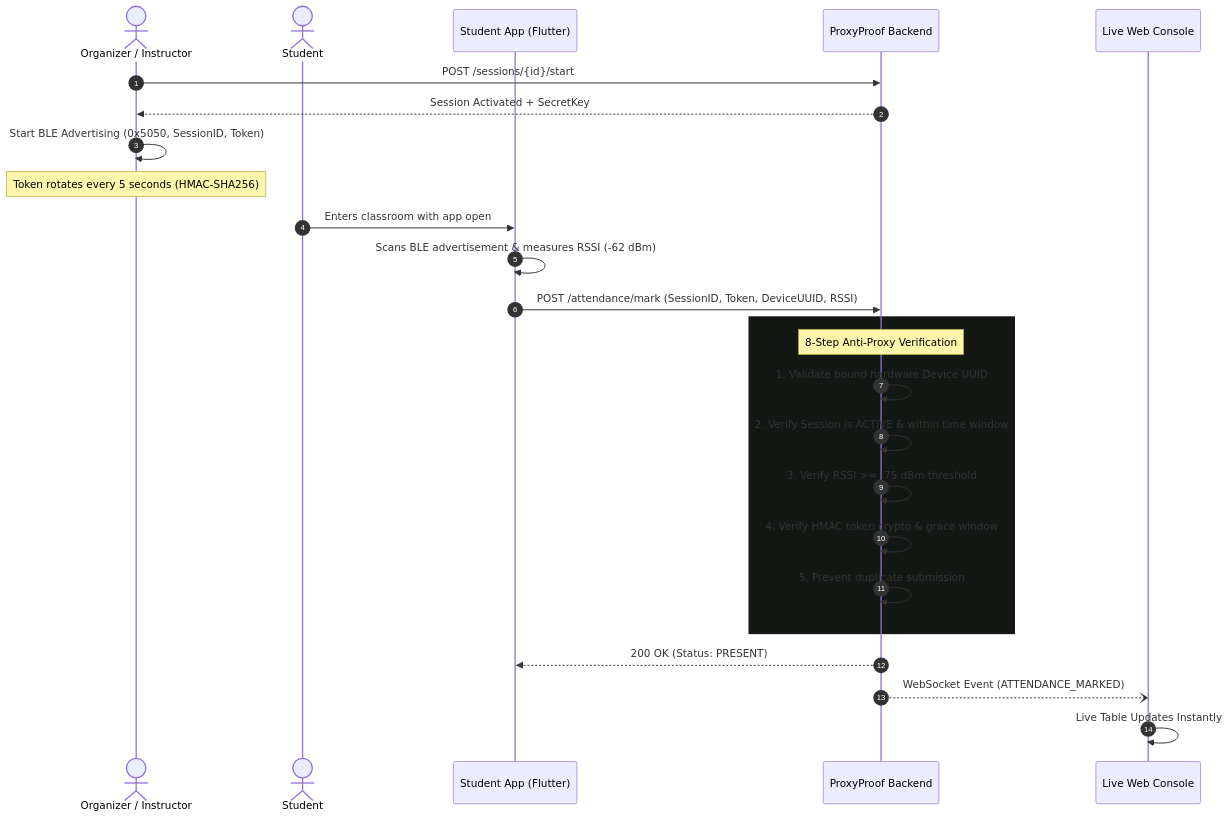
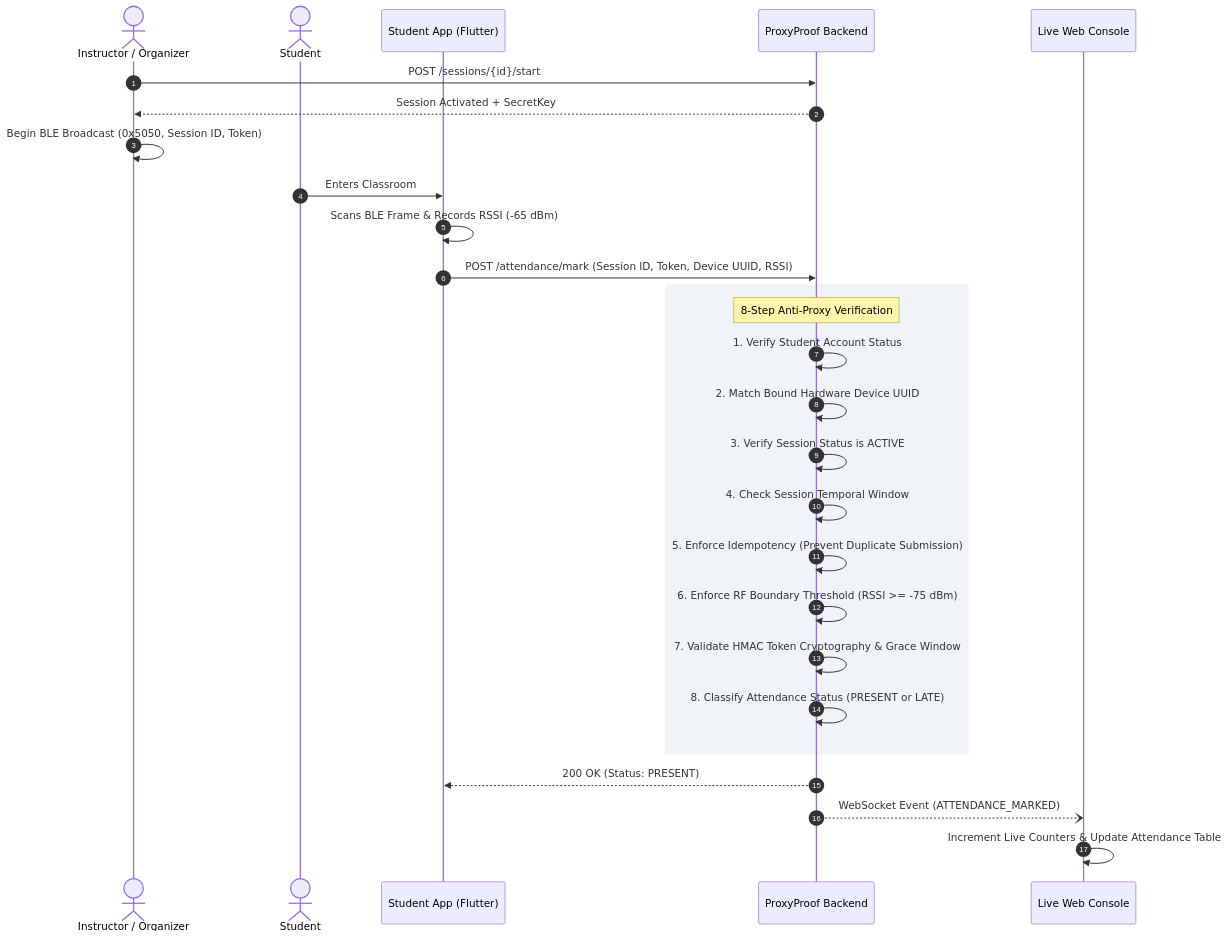
One commit to Dhyanesh2603/ProxyProof changed the second of 3 diagrams in README.md. Above: the diagram before and after it, drawn with Mermaid. The commit also changed other lines of this file, not shown here.

````diff
--- a/README.md
+++ b/README.md
@@ -123,31 +89,33 @@
 ```mermaid
 sequenceDiagram
     autonumber
-    actor Organizer as Organizer / Instructor
+    actor Organizer as Instructor / Organizer
     actor Student as Student
     participant Mobile as Student App (Flutter)
     participant Server as ProxyProof Backend
     participant Dashboard as Live Web Console
 
     Organizer->>Server: POST /sessions/{id}/start
     Server-->>Organizer: Session Activated + SecretKey
-    Organizer->>Organizer: Start BLE Advertising (0x5050, SessionID, Token)
-    Note over Organizer: Token rotates every 5 seconds (HMAC-SHA256)
+    Organizer->>Organizer: Begin BLE Broadcast (0x5050, Session ID, Token)
 
-    Student->>Mobile: Enters classroom with app open
-    Mobile->>Mobile: Scans BLE advertisement & measures RSSI (-62 dBm)
-    Mobile->>Server: POST /attendance/mark (SessionID, Token, DeviceUUID, RSSI)
-    
-    rect rgb(20, 24, 20)
+    Student->>Mobile: Enters Classroom
+    Mobile->>Mobile: Scans BLE Frame & Records RSSI (-65 dBm)
+    Mobile->>Server: POST /attendance/mark (Session ID, Token, Device UUID, RSSI)
+
+    rect rgb(240, 244, 248)
         Note over Server: 8-Step Anti-Proxy Verification
-        Server->>Server: 1. Validate bound hardware Device UUID
-        Server->>Server: 2. Verify Session is ACTIVE & within time window
-        Server->>Server: 3. Verify RSSI >= -75 dBm threshold
-        Server->>Server: 4. Verify HMAC token crypto & grace window
-        Server->>Server: 5. Prevent duplicate submission
+        Server->>Server: 1. Verify Student Account Status
+        Server->>Server: 2. Match Bound Hardware Device UUID
+        Server->>Server: 3. Verify Session Status is ACTIVE
+        Server->>Server: 4. Check Session Temporal Window
+        Server->>Server: 5. Enforce Idempotency (Prevent Duplicate Submission)
+        Server->>Server: 6. Enforce RF Boundary Threshold (RSSI >= -75 dBm)
+        Server->>Server: 7. Validate HMAC Token Cryptography & Grace Window
+        Server->>Server: 8. Classify Attendance Status (PRESENT or LATE)
     end
 
     Server-->>Mobile: 200 OK (Status: PRESENT)
     Server--)Dashboard: WebSocket Event (ATTENDANCE_MARKED)
-    Dashboard->>Dashboard: Live Table Updates Instantly
+    Dashboard->>Dashboard: Increment Live Counters & Update Attendance Table
 ```
````
